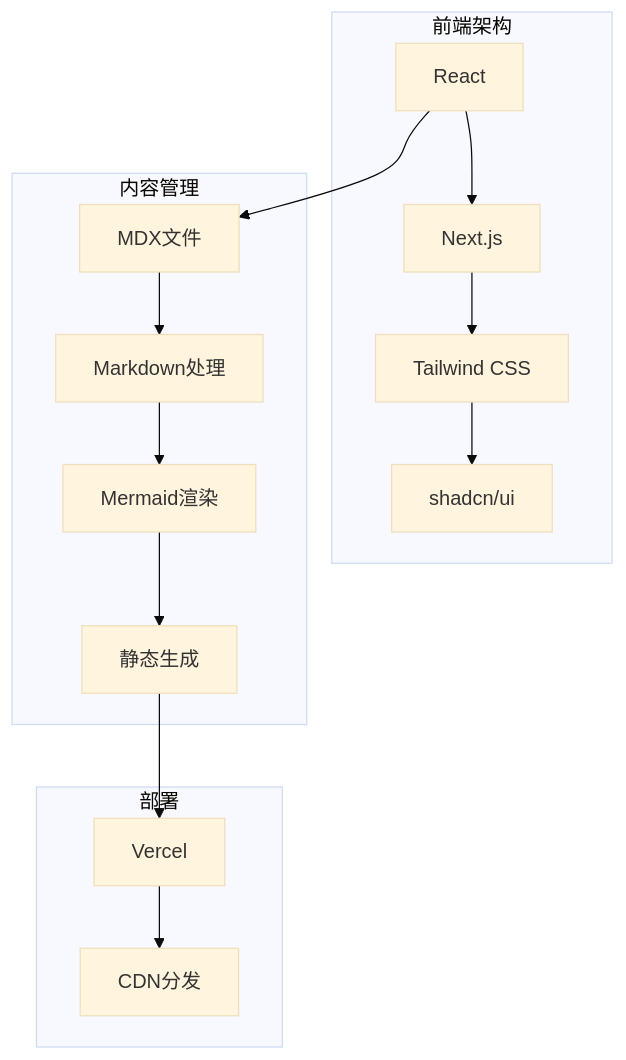
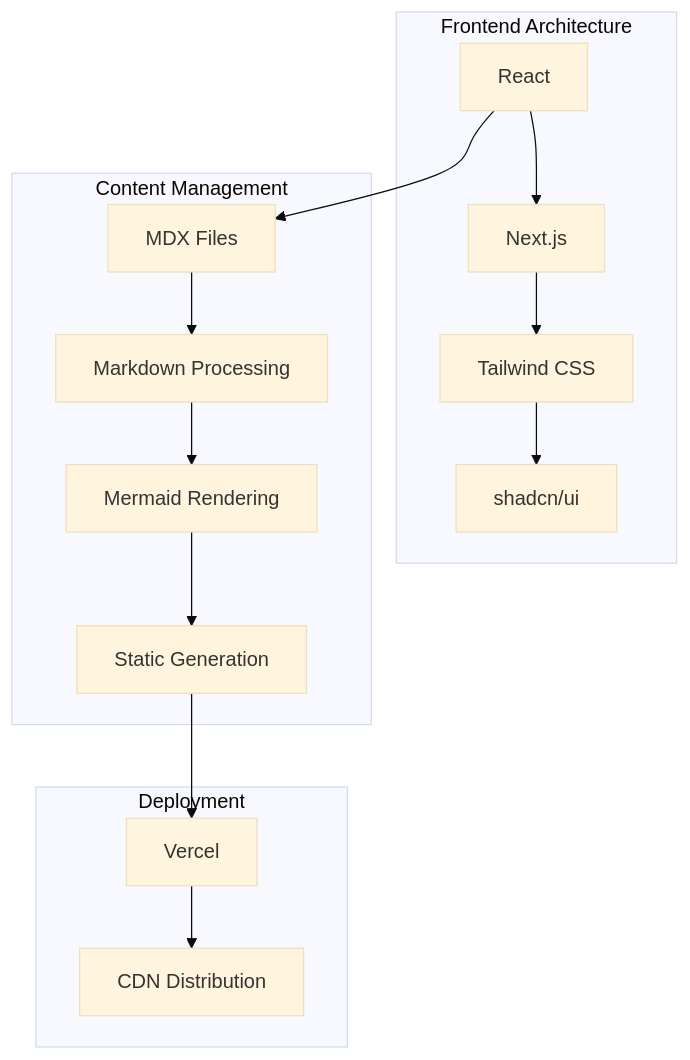
The fifth of 5 diagrams in content/mermaid-quick-start.mdx (zjy365/zjy365), drawn with Mermaid (base theme) before and after one commit. The commit also changed other lines of this file and 11 other files, not shown here.

````diff
--- a/content/mermaid-quick-start.mdx
+++ b/content/mermaid-quick-start.mdx
@@ -91,21 +91,21 @@
 ```mermaid
 graph TB
-    subgraph "前端架构"
+    subgraph "Frontend Architecture"
         A[React] --> B[Next.js]
         B --> C[Tailwind CSS]
         C --> D[shadcn/ui]
     end
 
-    subgraph "内容管理"
-        E[MDX文件] --> F[Markdown处理]
-        F --> G[Mermaid渲染]
-        G --> H[静态生成]
+    subgraph "Content Management"
+        E[MDX Files] --> F[Markdown Processing]
+        F --> G[Mermaid Rendering]
+        G --> H[Static Generation]
     end
 
-    subgraph "部署"
+    subgraph "Deployment"
         H --> I[Vercel]
-        I --> J[CDN分发]
+        I --> J[CDN Distribution]
     end
 
     A --> E
 ```
````
